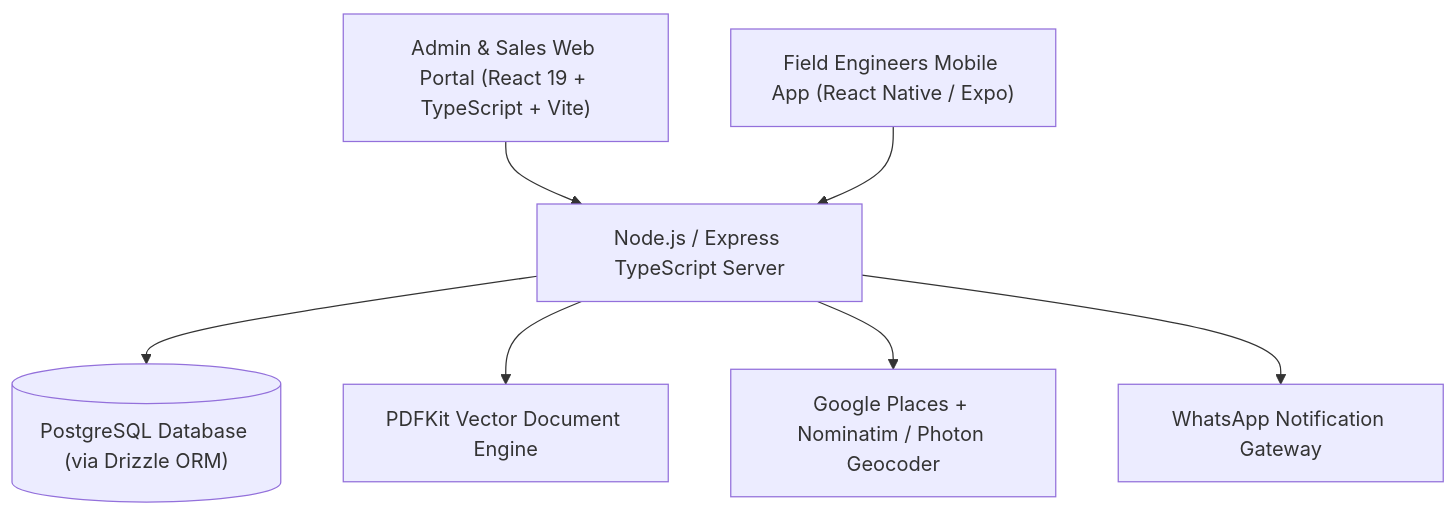
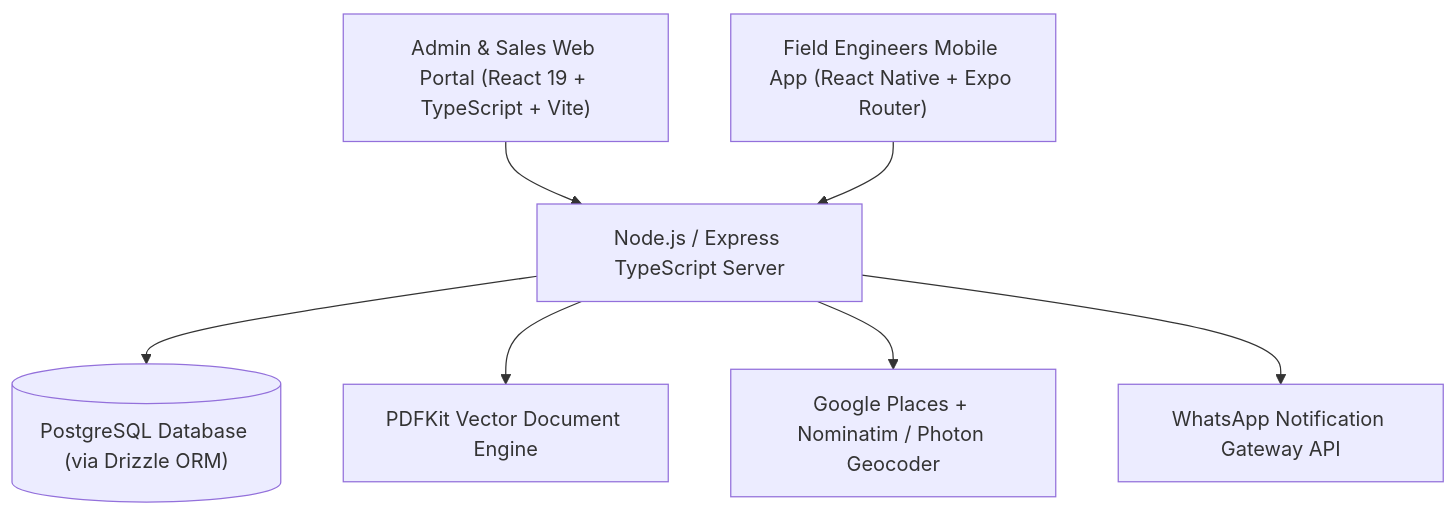
One commit to PatelRonak123/Taneja-Power-CRM changed the first of 2 diagrams in PROJECT_DOCUMENTATION.md. Above: the diagram before and after it, drawn with Mermaid. The commit also changed other lines of this file and 24 other files, not shown here.

````diff
--- a/PROJECT_DOCUMENTATION.md
+++ b/PROJECT_DOCUMENTATION.md
@@ -20,9 +20,9 @@
 ```mermaid
 graph TD
     UserWeb["Admin & Sales Web Portal (React 19 + TypeScript + Vite)"] --> API["Node.js / Express TypeScript Server"]
-    UserMobile["Field Engineers Mobile App (React Native / Expo)"] --> API
+    UserMobile["Field Engineers Mobile App (React Native + Expo Router)"] --> API
     API --> DB[("PostgreSQL Database (via Drizzle ORM)")]
     API --> PDFKit["PDFKit Vector Document Engine"]
     API --> Geocode["Google Places + Nominatim / Photon Geocoder"]
-    API --> WhatsApp["WhatsApp Notification Gateway"]
+    API --> WhatsApp["WhatsApp Notification Gateway API"]
 ```
````
